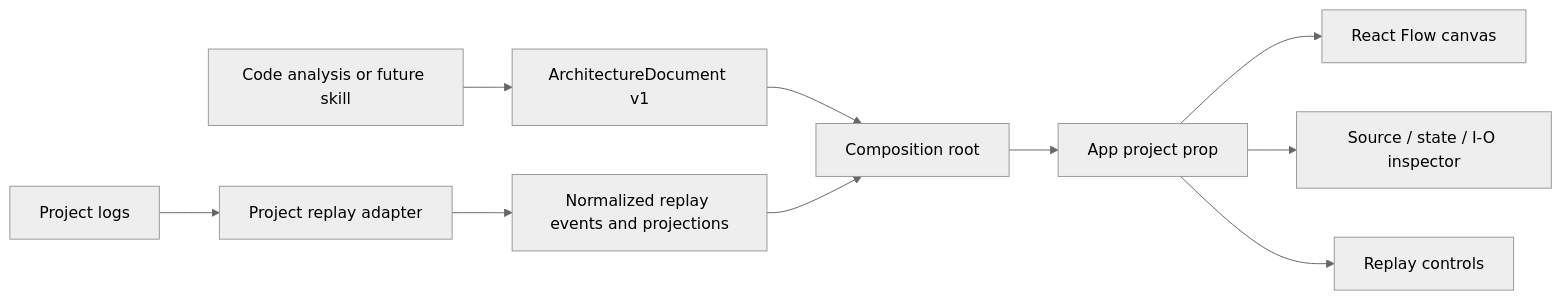
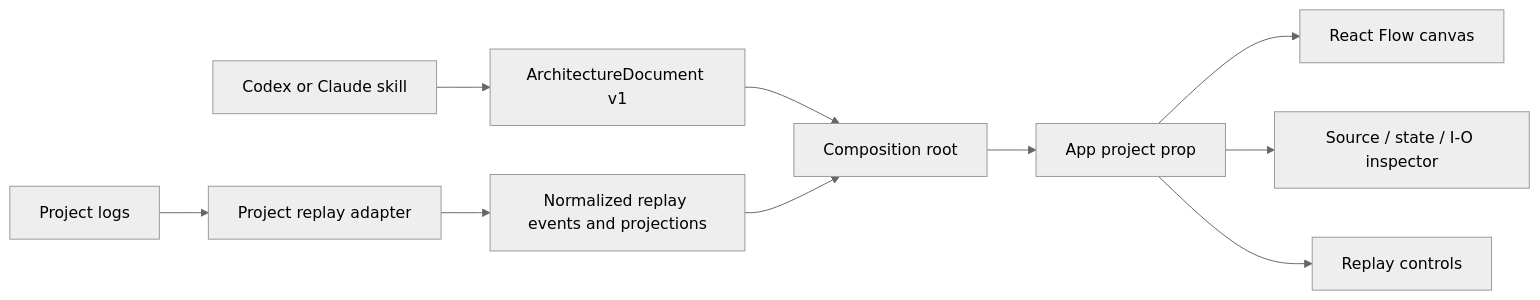
Before and after one commit to felixglush/world-simulation: the diagram in architecture/docs/modularity.md, drawn with Mermaid (neutral theme). The commit also changed other lines of this file and 17 other files, not shown here.

Commit message:
Generalize explorer capabilities and document agent skill workflow

````diff
--- a/architecture/docs/modularity.md
+++ b/architecture/docs/modularity.md
@@ -18,12 +18,12 @@
 ```mermaid
 flowchart LR
-  Extraction[Code analysis or future skill] --> Document[ArchitectureDocument v1]
+  Extraction[Codex or Claude skill] --> Document[ArchitectureDocument v1]
   Logs[Project logs] --> Adapter[Project replay adapter]
   Adapter --> Replay[Normalized replay events and projections]
   Document --> Host[Composition root]
   Replay --> Host
   Host --> App[App project prop]
   App --> Canvas[React Flow canvas]
   App --> Inspector[Source / state / I-O inspector]
   App --> Player[Replay controls]
 ```
````
